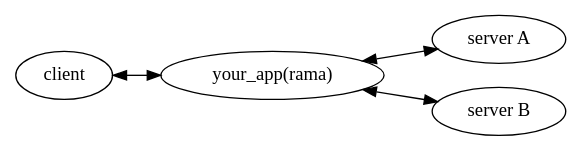
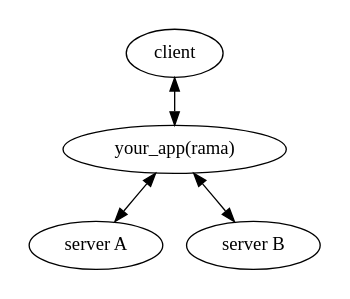
Before and after one commit to plabayo/rama: the diagram in docs/book/src/proxies/reverse.md, drawn with Graphviz. The commit also changed 1 other file, not shown here.

Commit message:
add tls termination proxies book chapter content
+ improve padding of dot graph

````diff
--- a/docs/book/src/proxies/reverse.md
+++ b/docs/book/src/proxies/reverse.md
@@ -19,8 +19,8 @@
 ```dot process
 digraph {
-    rankdir="LR";
+    pad=0.2;
     "client" -> "your_app(rama)" [dir=both]
     "your_app(rama)" -> "server A" [dir=both]
     "your_app(rama)" -> "server B" [dir=both]
 }
 ```
````
